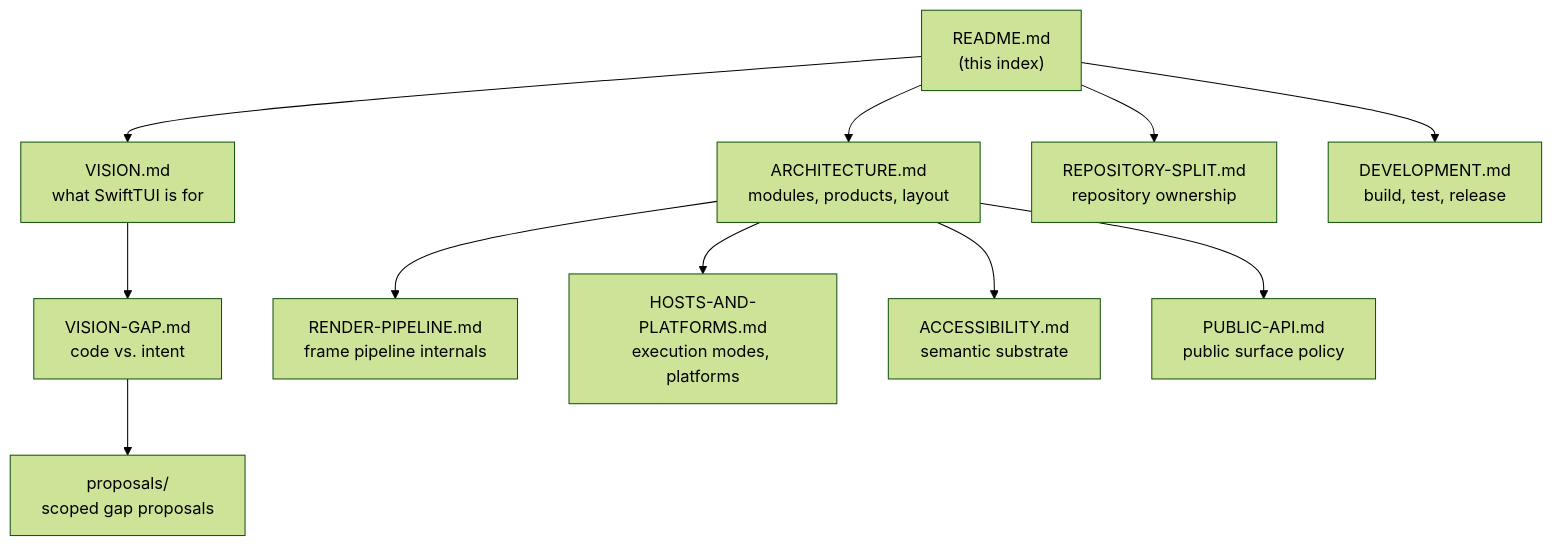
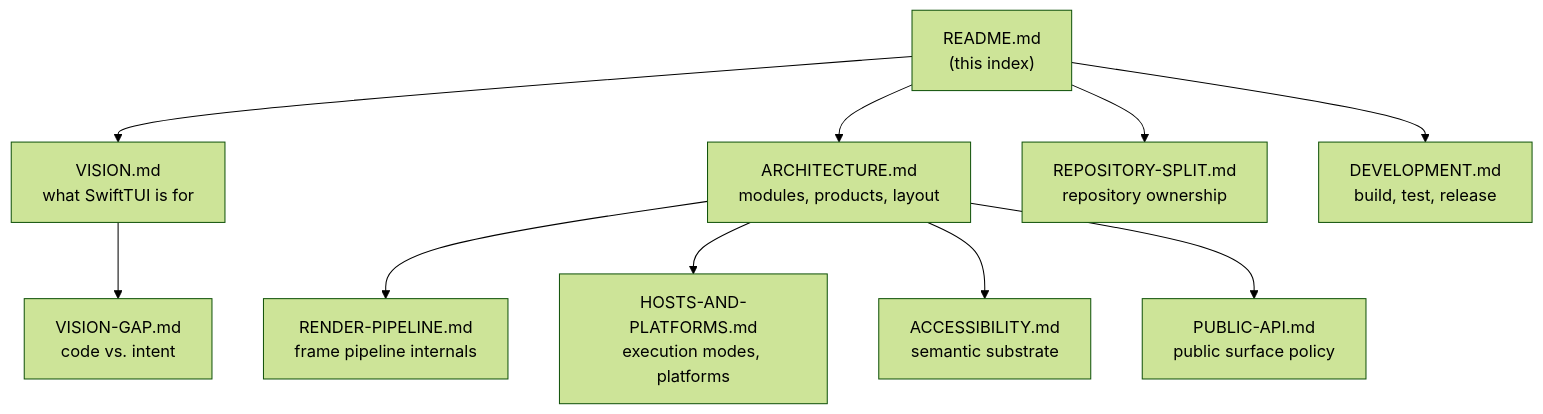
The diagram in docs/README.md (SwiftTUI/swift-tui), drawn with Mermaid (forest theme) before and after one commit. The commit also changed other lines of this file and 3 other files, not shown here.

````diff
--- a/docs/README.md
+++ b/docs/README.md
@@ -14,25 +14,23 @@
 ```mermaid
 flowchart TD
     README["README.md<br/>(this index)"]
     VISION["VISION.md<br/>what SwiftTUI is for"]
     GAP["VISION-GAP.md<br/>code vs. intent"]
     ARCH["ARCHITECTURE.md<br/>modules, products, layout"]
     SPLIT["REPOSITORY-SPLIT.md<br/>repository ownership"]
     PIPE["RENDER-PIPELINE.md<br/>frame pipeline internals"]
     HOSTS["HOSTS-AND-PLATFORMS.md<br/>execution modes, platforms"]
     A11Y["ACCESSIBILITY.md<br/>semantic substrate"]
     API["PUBLIC-API.md<br/>public surface policy"]
     DEV["DEVELOPMENT.md<br/>build, test, release"]
-    PROP["proposals/<br/>scoped gap proposals"]
 
     README --> VISION
     README --> ARCH
     README --> SPLIT
     README --> DEV
     VISION --> GAP
-    GAP --> PROP
     ARCH --> PIPE
     ARCH --> HOSTS
     ARCH --> A11Y
     ARCH --> API
 ```
````
